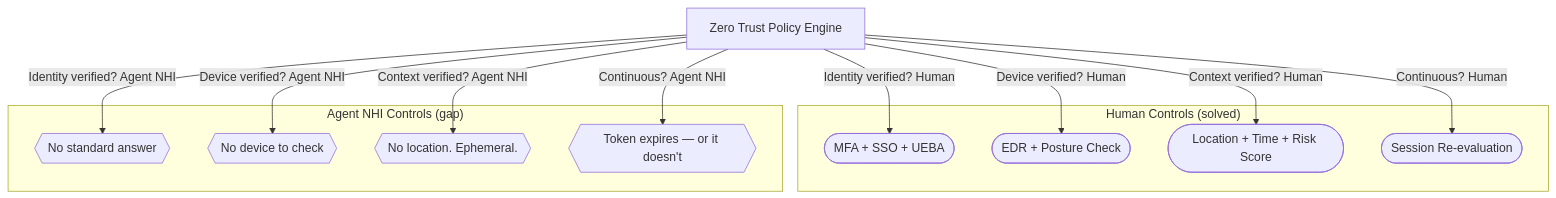
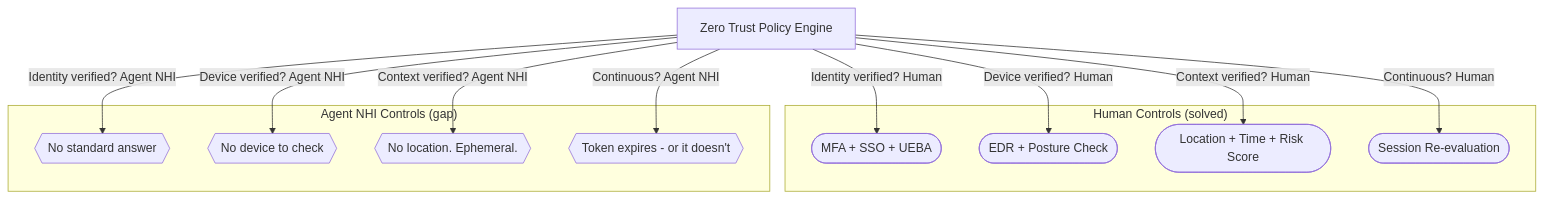
The fourth of 4 diagrams in src/content/research/nhi-agentic.mdx (CyberdaemonAI/cyberdaemon-site), drawn with Mermaid before and after one commit. The commit also changed 6 other files, not shown here.

First line of the commit message:
fix(mermaid): site-wide em dash and newline fixes in all diagram blocks

````diff
--- a/src/content/research/nhi-agentic.mdx
+++ b/src/content/research/nhi-agentic.mdx
@@ -256,27 +256,27 @@
 ```mermaid
 flowchart TD
     PDP["Zero Trust Policy Engine"]
 
     subgraph human["Human Controls (solved)"]
         H1([MFA + SSO + UEBA])
         H2([EDR + Posture Check])
         H3([Location + Time + Risk Score])
         H4([Session Re-evaluation])
     end
 
     subgraph agent["Agent NHI Controls (gap)"]
         A1{{No standard answer}}
         A2{{No device to check}}
         A3{{No location. Ephemeral.}}
-        A4{{Token expires — or it doesn't}}
+        A4{{"Token expires - or it doesn't"}}
     end
 
     PDP -->|"Identity verified? Human"| H1
     PDP -->|"Device verified? Human"| H2
     PDP -->|"Context verified? Human"| H3
     PDP -->|"Continuous? Human"| H4
     PDP -->|"Identity verified? Agent NHI"| A1
     PDP -->|"Device verified? Agent NHI"| A2
     PDP -->|"Context verified? Agent NHI"| A3
     PDP -->|"Continuous? Agent NHI"| A4
 ```
````
